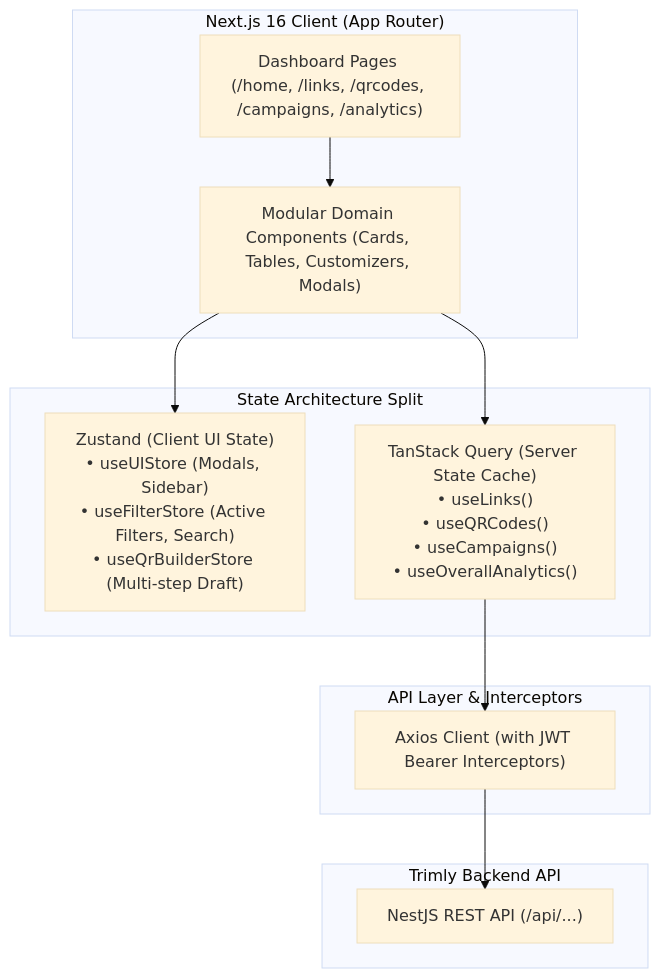
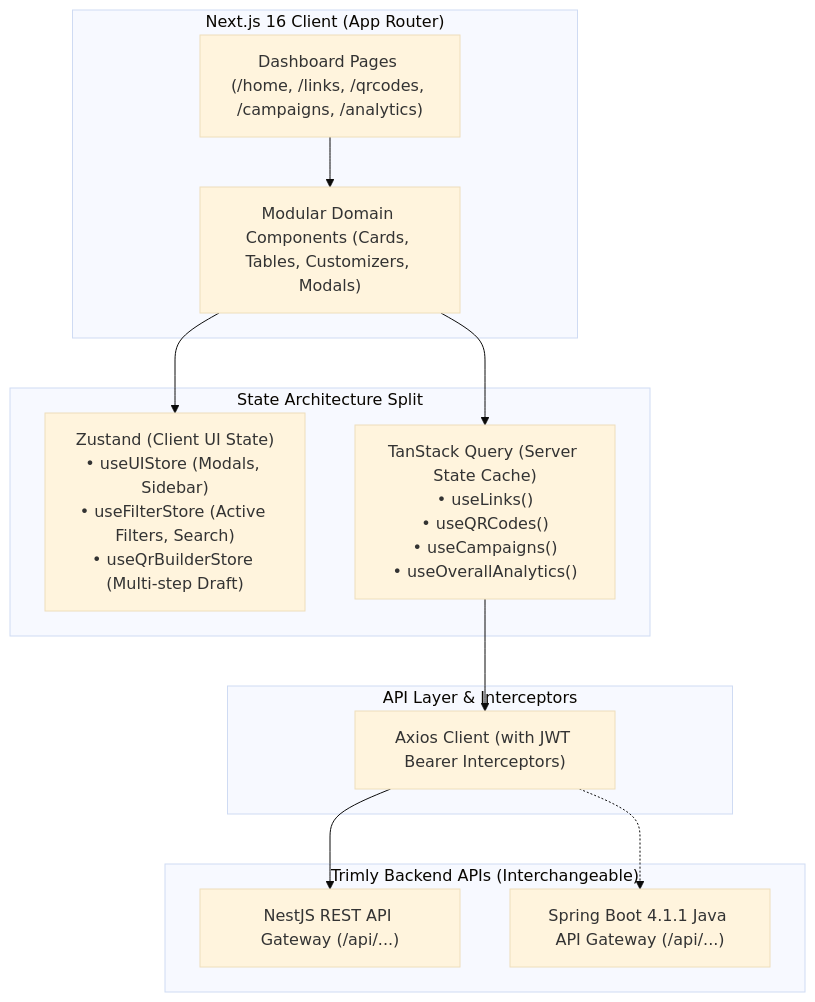
One commit to sandeep-kumar-21/trimly-frontend changed the diagram in README.md. Above: the diagram before and after it, drawn with Mermaid (base theme). The commit also changed other lines of this file and 10 other files, not shown here.

````diff
--- a/README.md
+++ b/README.md
@@ -145,26 +188,28 @@
 ```mermaid
 flowchart TD
     subgraph UI_Layer ["Next.js 16 Client (App Router)"]
         Dashboard["Dashboard Pages (/home, /links, /qrcodes, /campaigns, /analytics)"]
         Components["Modular Domain Components (Cards, Tables, Customizers, Modals)"]
     end
 
     subgraph State_Layer ["State Architecture Split"]
         Zustand["Zustand (Client UI State)<br/>• useUIStore (Modals, Sidebar)<br/>• useFilterStore (Active Filters, Search)<br/>• useQrBuilderStore (Multi-step Draft)"]
         TanStackQuery["TanStack Query (Server State Cache)<br/>• useLinks()<br/>• useQRCodes()<br/>• useCampaigns()<br/>• useOverallAnalytics()"]
     end
 
     subgraph API_Layer ["API Layer & Interceptors"]
         AxiosClient["Axios Client (with JWT Bearer Interceptors)"]
     end
 
-    subgraph Backend_Layer ["Trimly Backend API"]
-        NestServer["NestJS REST API (/api/...)"]
+    subgraph Backend_Layer ["Trimly Backend APIs (Interchangeable)"]
+        NestServer["NestJS REST API Gateway (/api/...)"]
+        SpringBootServer["Spring Boot 4.1.1 Java API Gateway (/api/...)"]
     end
 
     Dashboard --> Components
     Components --> Zustand
     Components --> TanStackQuery
     TanStackQuery --> AxiosClient
     AxiosClient --> NestServer
+    AxiosClient -.-> SpringBootServer
 ```
````
